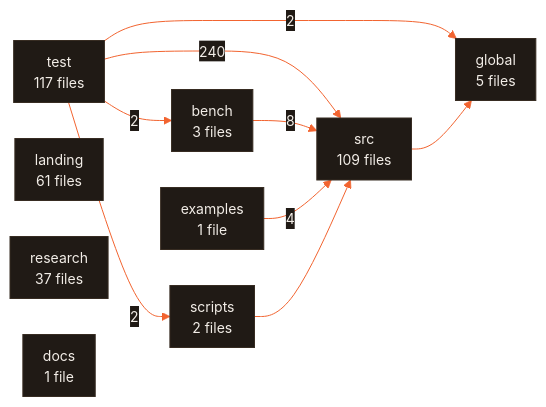
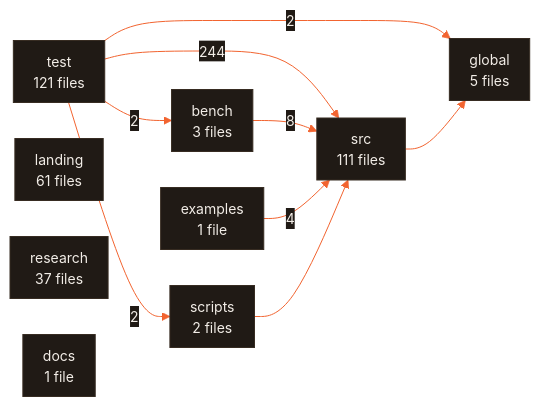
Before and after one commit to CodeWithJuber/forgekit: the fifth of 5 diagrams in ARCHITECTURE.md, drawn with Mermaid. The commit also changed other lines of this file and 5 other files, not shown here.

````diff
--- a/ARCHITECTURE.md
+++ b/ARCHITECTURE.md
@@ -620,21 +638,21 @@
 ```mermaid
 %%{init: {'theme':'base','themeVariables':{'primaryColor':'#201a15','primaryTextColor':'#f2ede7','primaryBorderColor':'#372c22','lineColor':'#f26430','secondaryColor':'#272019','tertiaryColor':'#171310','edgeLabelBackground':'#201a15','clusterBkg':'#171310','clusterBorder':'#4a3b2e','fontFamily':'ui-sans-serif, system-ui, sans-serif','fontSize':'14px'},'flowchart':{'curve':'basis','padding':10,'nodeSpacing':36,'rankSpacing':44}}}%%
 flowchart LR
-  test["test<br/>117 files"]
-  src["src<br/>109 files"]
+  test["test<br/>121 files"]
+  src["src<br/>111 files"]
   landing["landing<br/>61 files"]
   research["research<br/>37 files"]
   global["global<br/>5 files"]
   bench["bench<br/>3 files"]
   scripts["scripts<br/>2 files"]
   docs["docs<br/>1 file"]
   examples["examples<br/>1 file"]
-  test -- 240 --> src
+  test -- 244 --> src
   bench -- 8 --> src
   examples -- 4 --> src
   test -- 2 --> bench
   test -- 2 --> global
   test -- 2 --> scripts
   scripts --> src
   src --> global
 ```
````
